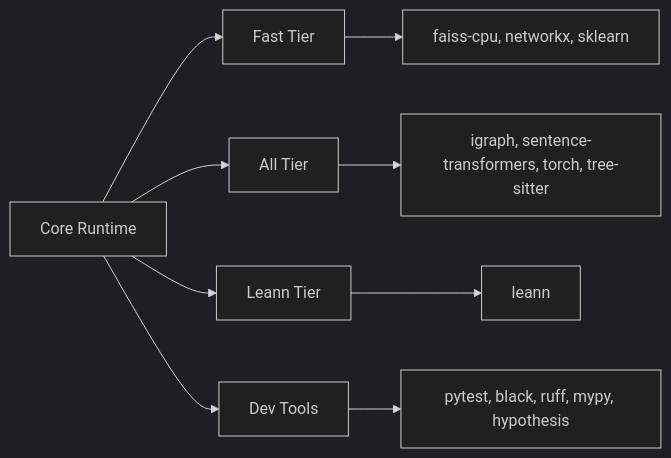
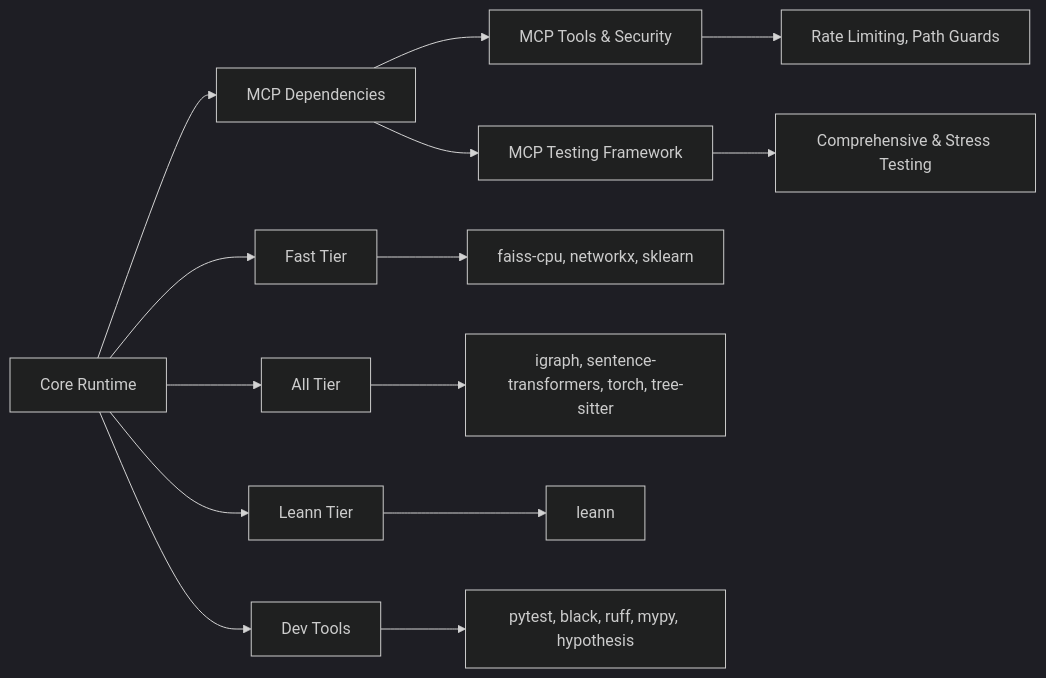
One commit to maemreyo/zmr-ctx-paker changed the fifth of 5 diagrams in .qoder/repowiki/en/content/Development Guide.md. Above: the diagram before and after it, drawn with Mermaid (dark theme). The commit also changed other lines of this file and 6 other files, not shown here.

First line of the commit message:
docs(mcp): add MCP performance optimization v3 plan and testing framework docs

````diff
--- a/.qoder/repowiki/en/content/Development Guide.md
+++ b/.qoder/repowiki/en/content/Development Guide.md
@@ -224,11 +541,16 @@
 ```mermaid
 graph LR
 Core["Core Runtime"] --> Fast["Fast Tier"]
 Core --> All["All Tier"]
 Core --> Leann["Leann Tier"]
 Core --> Dev["Dev Tools"]
+Core --> MCP["MCP Dependencies"]
+MCP --> MCPTools["MCP Tools & Security"]
+MCP --> MCPTesting["MCP Testing Framework"]
 Fast --> FastDeps["faiss-cpu, networkx, sklearn"]
 All --> AllDeps["igraph, sentence-transformers, torch, tree-sitter"]
 Leann --> LeannDeps["leann"]
 Dev --> DevDeps["pytest, black, ruff, mypy, hypothesis"]
+MCPTools --> SecurityDeps["Rate Limiting, Path Guards"]
+MCPTesting --> TestDeps["Comprehensive & Stress Testing"]
 ```
````
